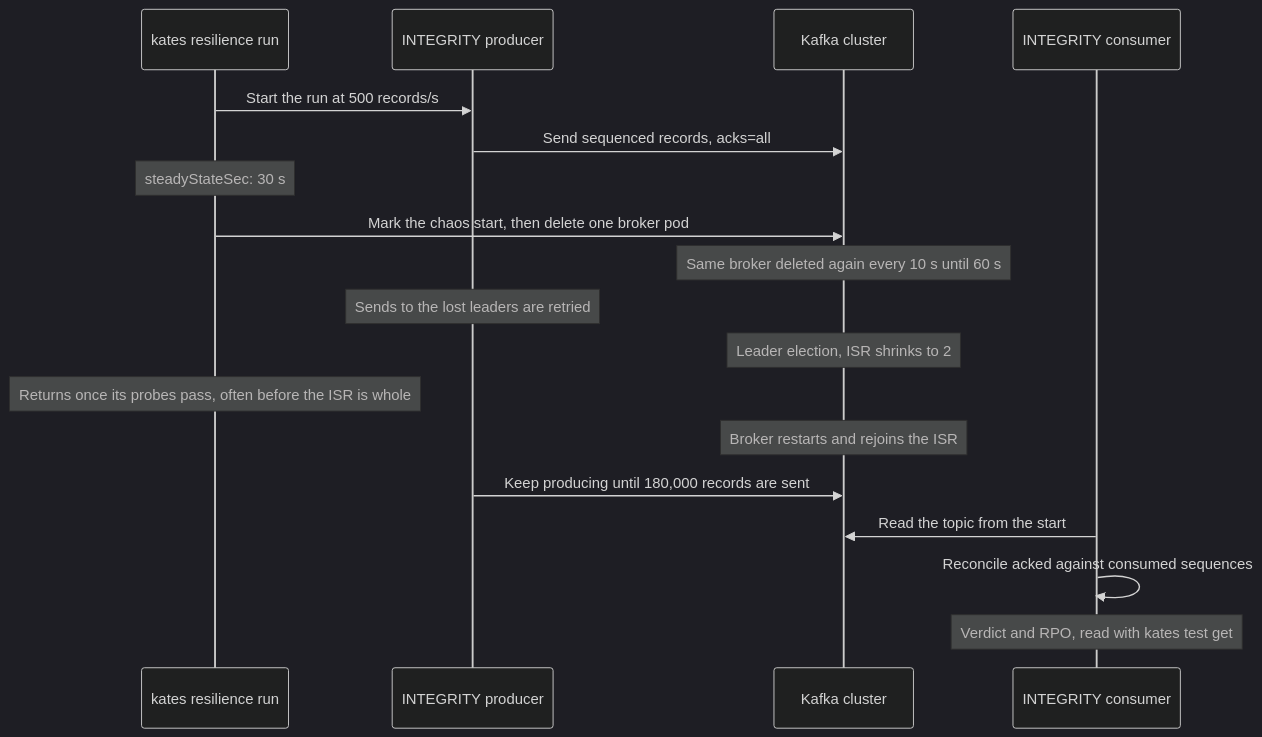
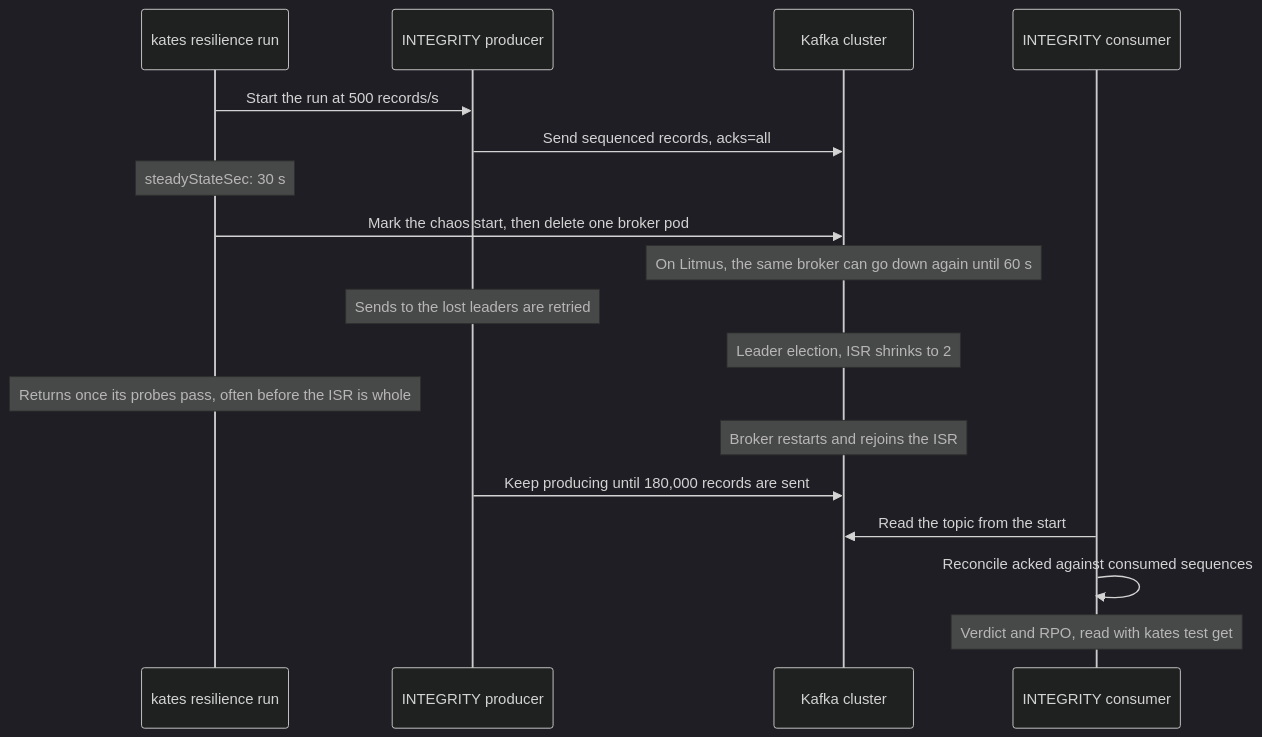
The third of 3 diagrams in docs/book/08-data-integrity.md (actions-marketplace-validations/bmscomp_kates), drawn with Mermaid (dark theme) before and after one commit. The commit also changed other lines of this file and 2 other files, not shown here.

First line of the commit message:
docs(book): one home for fault injection and the safety guard in Part III (#226)

````diff
--- a/docs/book/08-data-integrity.md
+++ b/docs/book/08-data-integrity.md
@@ -240,24 +240,24 @@
 ```mermaid
 %%| label: fig-integrity-under-chaos
 %%| fig-cap: "`kates resilience run` starts the INTEGRITY run, marks the chaos start and deletes a broker pod, and can return before the ISR is whole; the verdict and RPO come later, from the INTEGRITY run itself."
-%%| fig-alt: "Sequence diagram with kates resilience run, the INTEGRITY producer, the Kafka cluster and the INTEGRITY consumer. The resilience run starts the producer at 500 records per second, and the producer sends sequenced records with acks=all. After 30 seconds of steady state, the resilience run marks the chaos start and deletes one broker pod, and the same broker is deleted again every 10 seconds until 60 seconds. Sends to the lost leaders are retried, a leader election runs and the ISR shrinks to 2. The resilience run returns once its probes pass, often before the ISR is whole. The broker restarts and rejoins the ISR, and the producer keeps going until 180,000 records are sent. The consumer then reads the topic from the start and reconciles acknowledged against consumed sequences, and the verdict and RPO are read with kates test get."
+%%| fig-alt: "Sequence diagram with kates resilience run, the INTEGRITY producer, the Kafka cluster and the INTEGRITY consumer. The resilience run starts the producer at 500 records per second, and the producer sends sequenced records with acks=all. After 30 seconds of steady state, the resilience run marks the chaos start and deletes one broker pod, and, on LitmusChaos, the same broker can be deleted again until 60 seconds. Sends to the lost leaders are retried, a leader election runs and the ISR shrinks to 2. The resilience run returns once its probes pass, often before the ISR is whole. The broker restarts and rejoins the ISR, and the producer keeps going until 180,000 records are sent. The consumer then reads the topic from the start and reconciles acknowledged against consumed sequences, and the verdict and RPO are read with kates test get."
 sequenceDiagram
     participant Res as kates resilience run
     participant Producer as INTEGRITY producer
     participant Kafka as Kafka cluster
     participant Consumer as INTEGRITY consumer
 
     Res->>Producer: Start the run at 500 records/s
     Producer->>Kafka: Send sequenced records, acks=all
     Note over Res: steadyStateSec: 30 s
     Res->>Kafka: Mark the chaos start, then delete one broker pod
-    Note over Kafka: Same broker deleted again every 10 s until 60 s
+    Note over Kafka: On Litmus, the same broker can go down again until 60 s
     Note over Producer: Sends to the lost leaders are retried
     Note over Kafka: Leader election, ISR shrinks to 2
     Note over Res: Returns once its probes pass, often before the ISR is whole
     Note over Kafka: Broker restarts and rejoins the ISR
     Producer->>Kafka: Keep producing until 180,000 records are sent
     Consumer->>Kafka: Read the topic from the start
     Consumer->>Consumer: Reconcile acked against consumed sequences
     Note over Consumer: Verdict and RPO, read with kates test get
 ```
````
